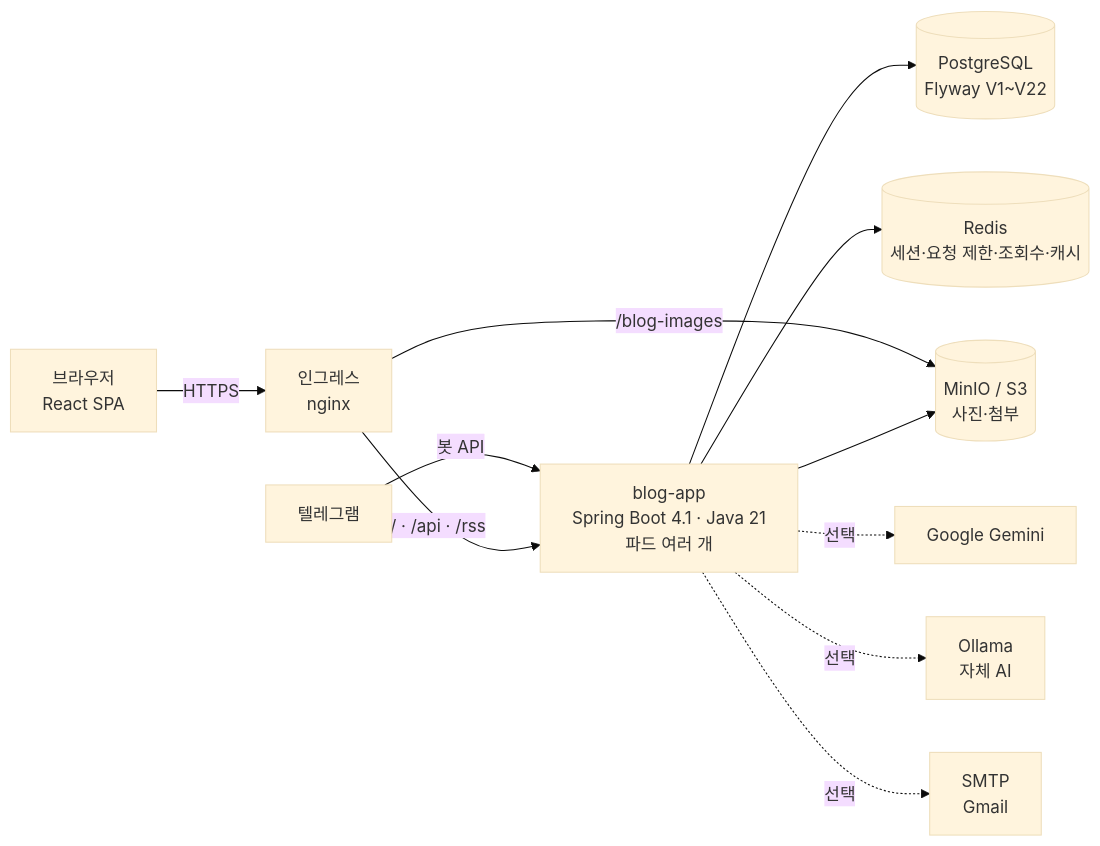
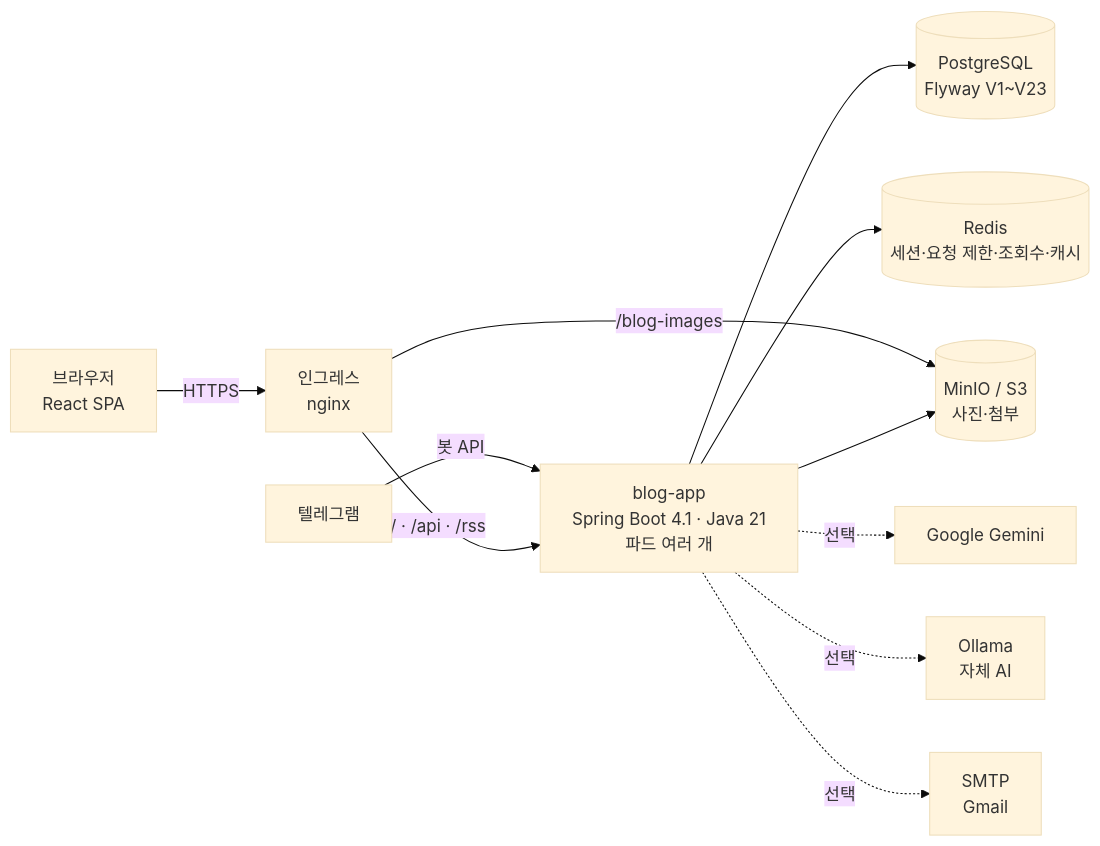
The first of 3 diagrams in profile/README.md (AIGJ-01-002-blog/.github), drawn with Mermaid (base theme) before and after one commit. The commit also changed other lines of this file, not shown here.

````diff
--- a/profile/README.md
+++ b/profile/README.md
@@ -149,13 +149,13 @@
 ```mermaid
 flowchart LR
     B[브라우저<br/>React SPA] -->|HTTPS| I[인그레스<br/>nginx]
     T[텔레그램] -->|봇 API| A
     I -->|/ · /api · /rss| A[blog-app<br/>Spring Boot 4.1 · Java 21<br/>파드 여러 개]
     I -->|/blog-images| M[(MinIO / S3<br/>사진·첨부)]
-    A --> P[(PostgreSQL<br/>Flyway V1~V22)]
+    A --> P[(PostgreSQL<br/>Flyway V1~V23)]
     A --> R[(Redis<br/>세션·요청 제한·조회수·캐시)]
     A --> M
     A -.선택.-> G[Google Gemini]
     A -.선택.-> O[Ollama<br/>자체 AI]
     A -.선택.-> S[SMTP<br/>Gmail]
 ```
````
